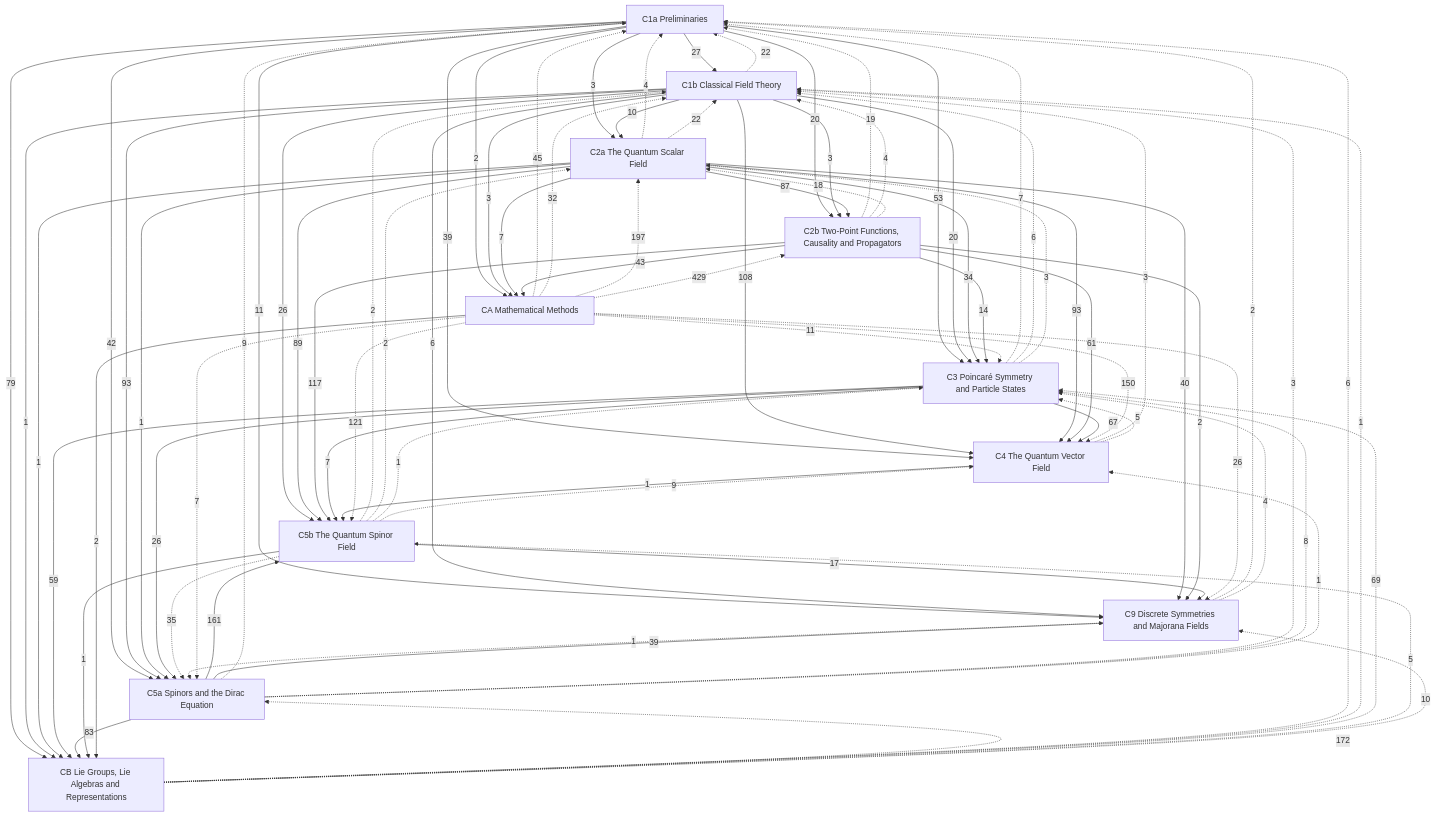
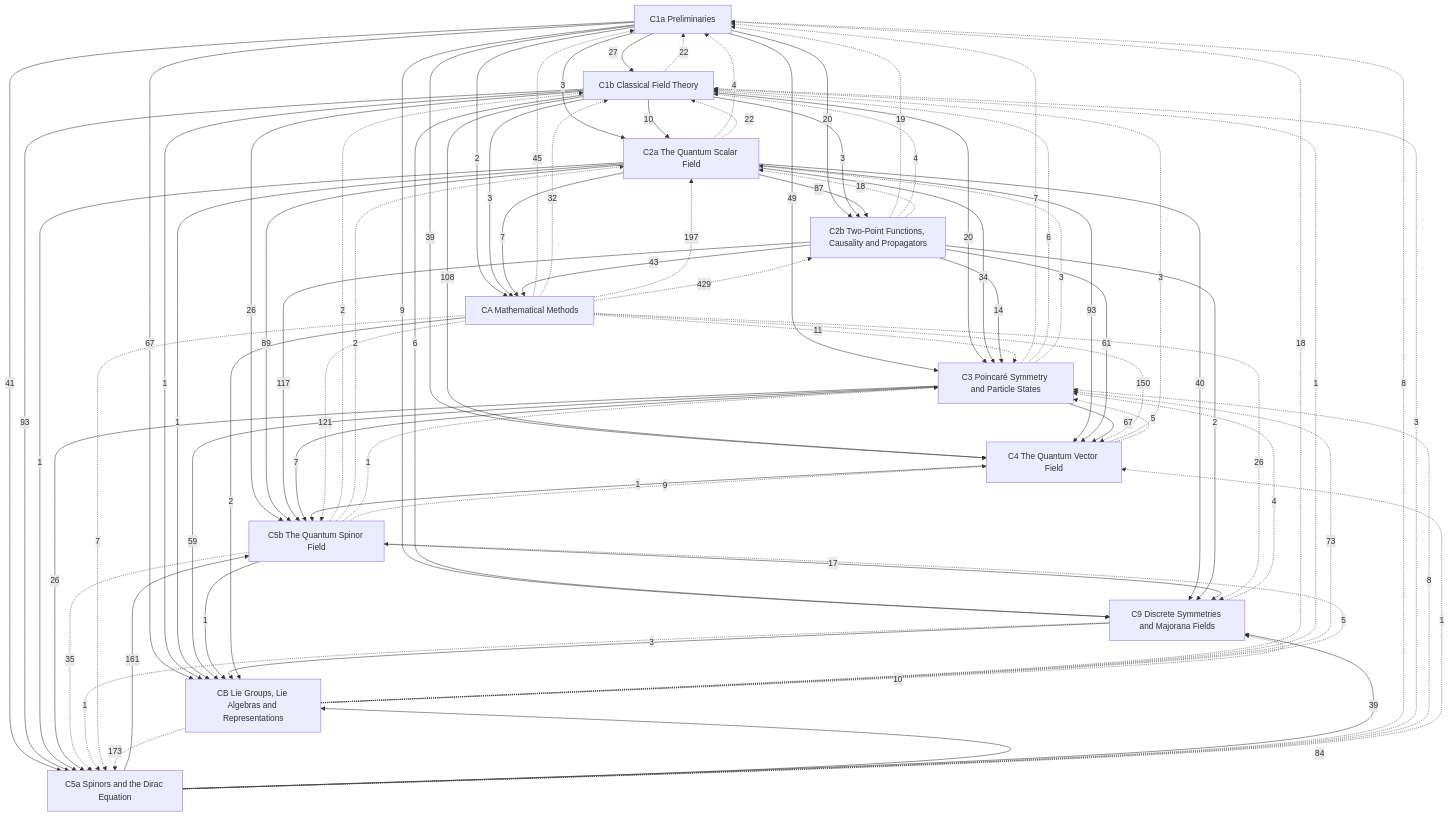
The diagram in Physics/Quantum Field Theory/Quantum Field Theory.md (Onion20040508/notes), drawn with Mermaid before and after one commit. The commit also changed other lines of this file and 73 other files, not shown here.

```diff
--- a/Physics/Quantum Field Theory/Quantum Field Theory.md
+++ b/Physics/Quantum Field Theory/Quantum Field Theory.md
@@ -46,7 +46,7 @@
   C1a -->|20| C2b
   C1b -->|3| C2b
   C2a -->|87| C2b
-  C1a -->|53| C3
+  C1a -->|49| C3
   C1b -->|20| C3
   C2a -->|34| C3
   C2b -->|14| C3
@@ -55,7 +55,7 @@
   C2a -->|93| C4
   C2b -->|61| C4
   C3 -->|67| C4
-  C1a -->|42| C5a
+  C1a -->|41| C5a
   C1b -->|93| C5a
   C2a -->|1| C5a
   C3 -->|26| C5a
@@ -65,7 +65,7 @@
   C3 -->|7| C5b
   C4 -->|1| C5b
   C5a -->|161| C5b
-  C1a -->|11| C9
+  C1a -->|9| C9
   C1b -->|6| C9
   C2a -->|40| C9
   C2b -->|2| C9
@@ -75,21 +75,21 @@
   C1b -->|3| CA
   C2a -->|7| CA
   C2b -->|43| CA
-  C1a -->|79| CB
+  C1a -->|67| CB
   C1b -->|1| CB
   C2a -->|1| CB
   C3 -->|59| CB
-  C5a -->|83| CB
+  C5a -->|84| CB
   C5b -->|1| CB
+  C9 -->|3| CB
   CA -->|2| CB
   C1b -.->|22| C1a
   C2a -.->|4| C1a
   C2b -.->|19| C1a
   C3 -.->|7| C1a
-  C5a -.->|9| C1a
-  C9 -.->|2| C1a
+  C5a -.->|8| C1a
   CA -.->|45| C1a
-  CB -.->|6| C1a
+  CB -.->|18| C1a
   C2a -.->|22| C1b
   C2b -.->|4| C1b
   C3 -.->|6| C1b
@@ -108,14 +108,14 @@
   C5b -.->|1| C3
   C9 -.->|4| C3
   CA -.->|11| C3
-  CB -.->|69| C3
+  CB -.->|73| C3
   C5a -.->|1| C4
   C5b -.->|9| C4
   CA -.->|150| C4
   C5b -.->|35| C5a
   C9 -.->|1| C5a
   CA -.->|7| C5a
-  CB -.->|172| C5a
+  CB -.->|173| C5a
   CA -.->|121| C5b
   CB -.->|5| C5b
   CA -.->|26| C9
```
